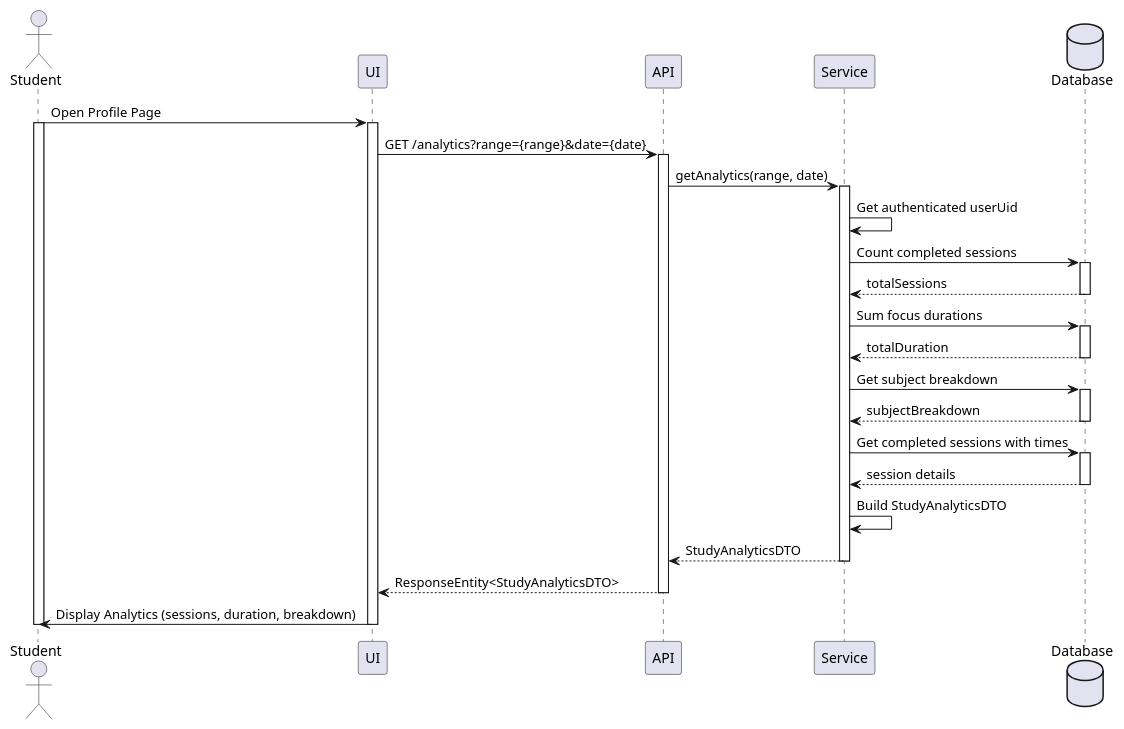
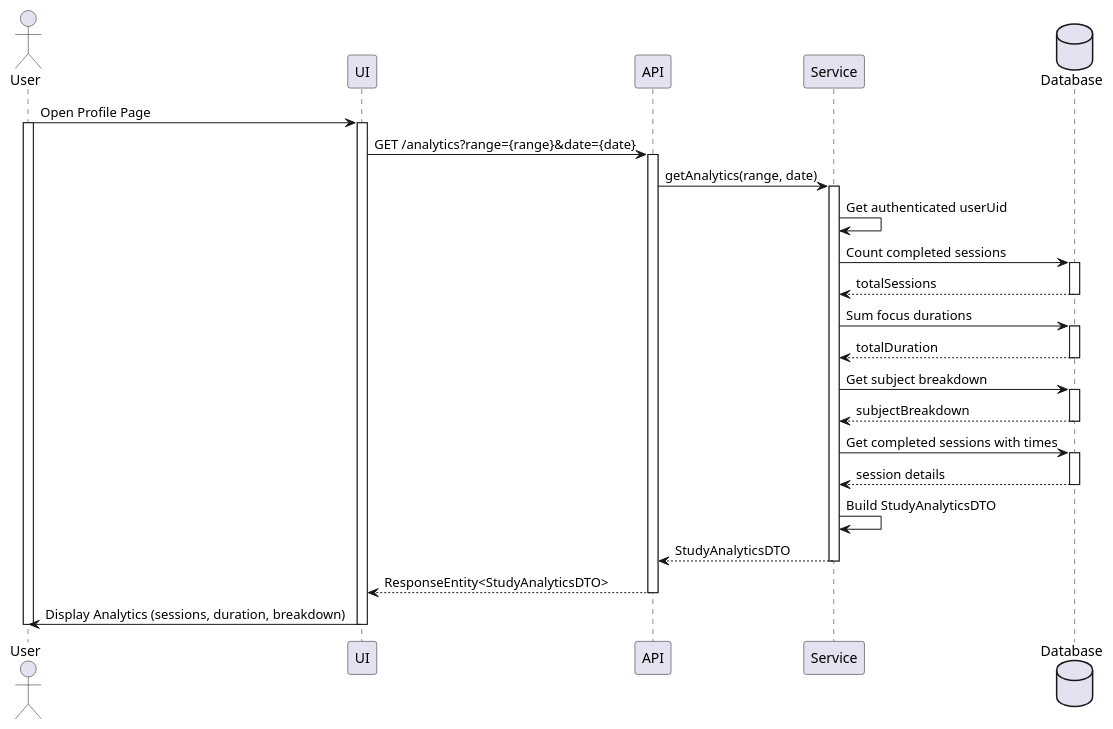
One commit to keerati5003/PlanMate-Diagram changed the diagram in sequence/p2/study-analytic.puml. Above: the diagram before and after it, drawn with PlantUML. The commit also changed 7 other files, not shown here.

```diff
--- a/sequence/p2/study-analytic.puml
+++ b/sequence/p2/study-analytic.puml
@@ -2,50 +2,50 @@
 @startuml
-actor Student
+actor User
 participant "UI" as UI
 participant "API" as API
 participant "Service" as Service
 database "Database" as DB
 
-Student -> UI : Open Profile Page
-activate Student
+User -> UI : Open Profile Page
+activate User
 activate UI
 
 UI -> API : GET /analytics?range={range}&date={date}
 activate API
 
 API -> Service : getAnalytics(range, date)
 activate Service
 
 Service -> Service : Get authenticated userUid
 
 Service -> DB : Count completed sessions
 activate DB
 DB --> Service : totalSessions
 deactivate DB
 
 Service -> DB : Sum focus durations
 activate DB
 DB --> Service : totalDuration
 deactivate DB
 
 Service -> DB : Get subject breakdown
 activate DB
 DB --> Service : subjectBreakdown
 deactivate DB
 
 Service -> DB : Get completed sessions with times
 activate DB
 DB --> Service : session details
 deactivate DB
 
 Service -> Service : Build StudyAnalyticsDTO
 Service --> API : StudyAnalyticsDTO
 deactivate Service
 
 API --> UI : ResponseEntity<StudyAnalyticsDTO>
 deactivate API
 
-UI -> Student : Display Analytics (sessions, duration, breakdown)
+UI -> User : Display Analytics (sessions, duration, breakdown)
 deactivate UI
-deactivate Student
+deactivate User
 @enduml
```
